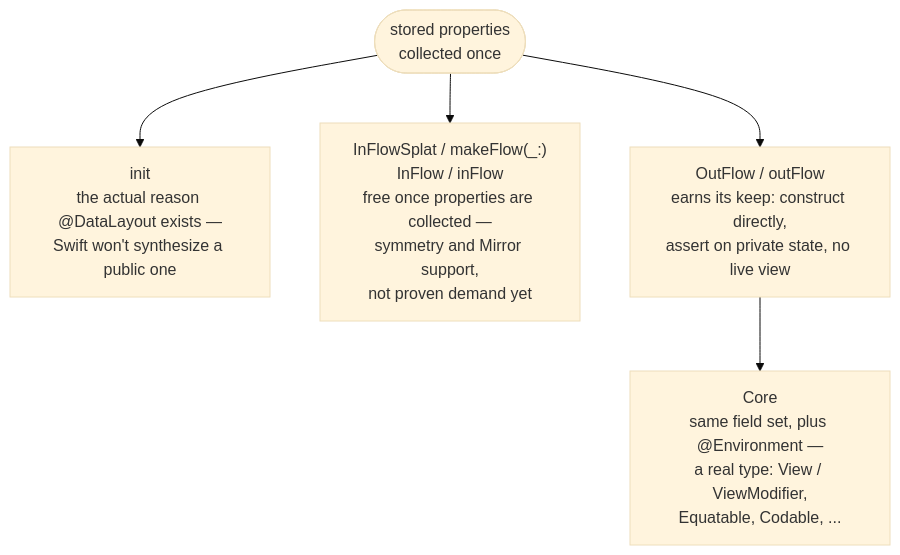
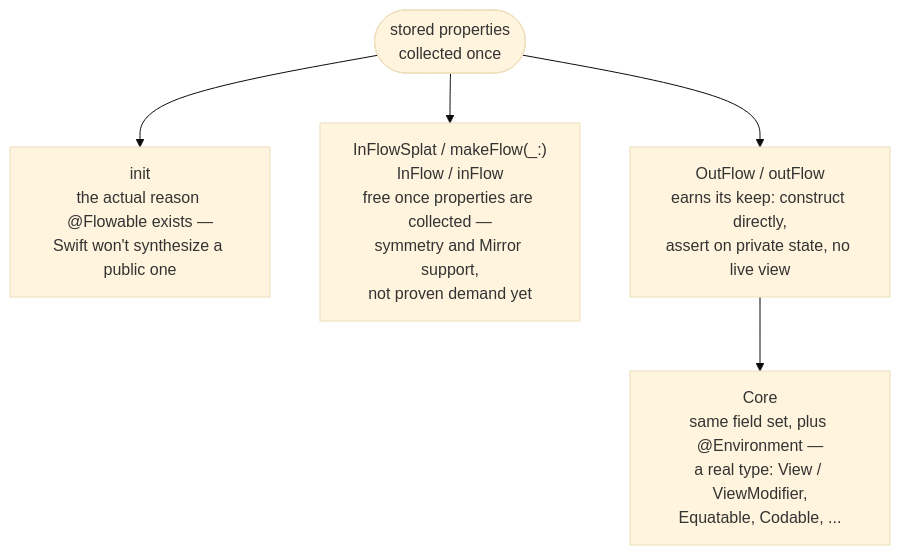
Before and after one commit to sisoje/swift-core-flow: the second of 3 diagrams in README.md, drawn with Mermaid (base theme). The commit also changed other lines of this file and 21 other files, not shown here.

First line of the commit message:
Rename @DataLayout to @Flowable

````diff
--- a/README.md
+++ b/README.md
@@ -503,8 +503,8 @@
 ```mermaid
 flowchart TD
     props(["stored properties<br/>collected once"])
-    props --> init["init<br/>the actual reason @DataLayout exists —<br/>Swift won't synthesize a public one"]
+    props --> init["init<br/>the actual reason @Flowable exists —<br/>Swift won't synthesize a public one"]
     props --> flow["InFlowSplat / makeFlow(_:)<br/>InFlow / inFlow<br/>free once properties are collected —<br/>symmetry and Mirror support,<br/>not proven demand yet"]
     props --> out["OutFlow / outFlow<br/>earns its keep: construct directly,<br/>assert on private state, no live view"]
     out --> node["Core<br/>same field set, plus @Environment —<br/>a real type: View / ViewModifier,<br/>Equatable, Codable, ..."]
 ```
````
